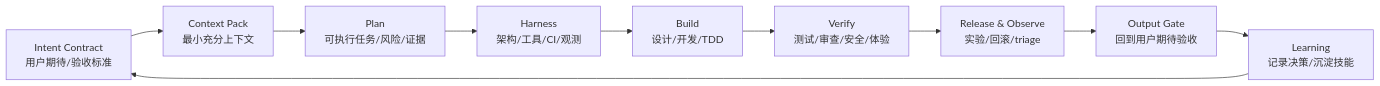
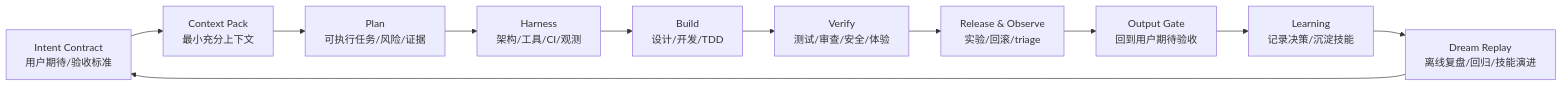
One commit to tiantangcao1980-web/Super-Skill changed the diagram in docs/agentic-development-model.md. Above: the diagram before and after it, drawn with Mermaid. The commit also changed other lines of this file and 22 other files, not shown here.

````diff
--- a/docs/agentic-development-model.md
+++ b/docs/agentic-development-model.md
@@ -7,12 +7,13 @@
 ```mermaid
 flowchart LR
   A["Intent Contract<br/>用户期待/验收标准"] --> B["Context Pack<br/>最小充分上下文"]
   B --> C["Plan<br/>可执行任务/风险/证据"]
   C --> D["Harness<br/>架构/工具/CI/观测"]
   D --> E["Build<br/>设计/开发/TDD"]
   E --> F["Verify<br/>测试/审查/安全/体验"]
   F --> G["Release & Observe<br/>实验/回滚/triage"]
   G --> H["Output Gate<br/>回到用户期待验收"]
   H --> I["Learning<br/>记录决策/沉淀技能"]
-  I --> A
+  I --> J["Dream Replay<br/>离线复盘/回归/技能演进"]
+  J --> A
 ```
````
